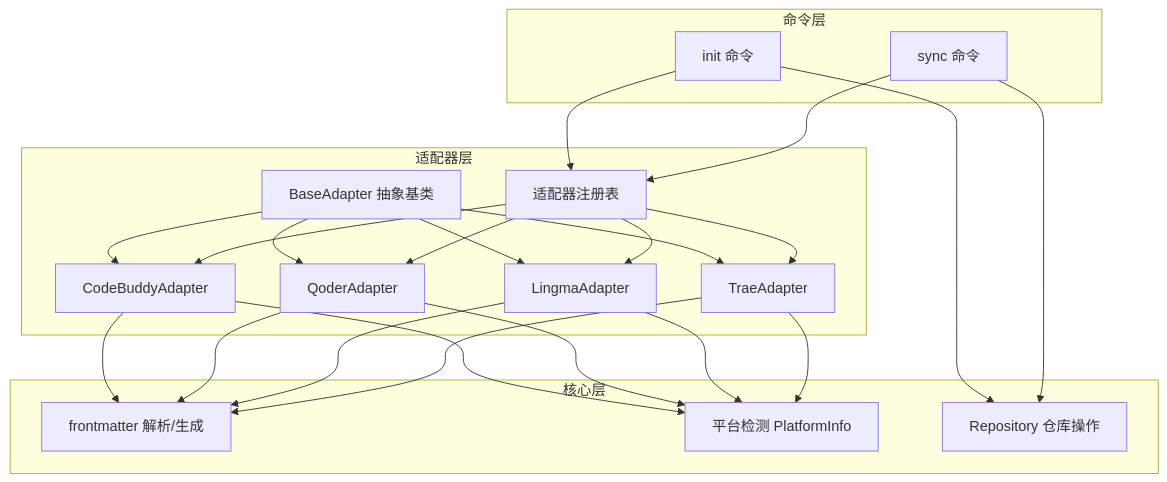
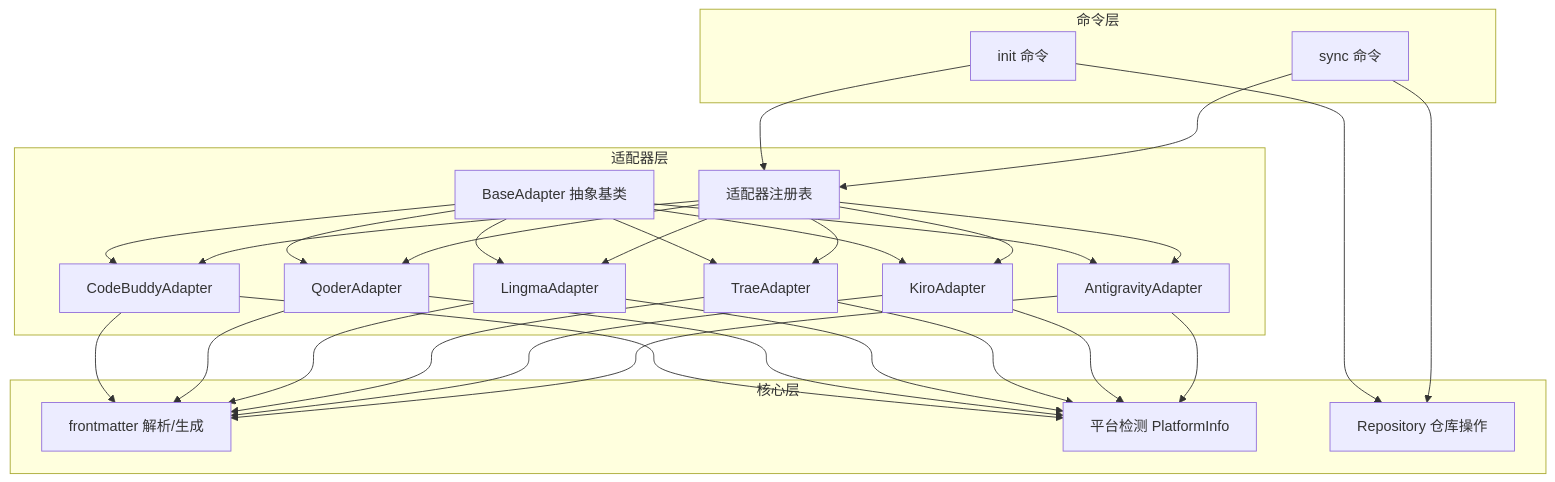
Before and after one commit to MapleWan/MSR: the first of 11 diagrams in .qoder/repowiki/zh/content/IDE适配器/具体适配器实现/具体适配器实现.md, drawn with Mermaid. The commit also changed other lines of this file and 5 other files, not shown here.

````diff
--- a/.qoder/repowiki/zh/content/IDE适配器/具体适配器实现/具体适配器实现.md
+++ b/.qoder/repowiki/zh/content/IDE适配器/具体适配器实现/具体适配器实现.md
@@ -42,40 +46,50 @@
 ```mermaid
 graph TB
 subgraph "适配器层"
 Base["BaseAdapter 抽象基类"]
 CB["CodeBuddyAdapter"]
 QD["QoderAdapter"]
 LM["LingmaAdapter"]
 TR["TraeAdapter"]
+KI["KiroAdapter"]
+AG["AntigravityAdapter"]
 REG["适配器注册表"]
 end
 subgraph "核心层"
 FM["frontmatter 解析/生成"]
 PL["平台检测 PlatformInfo"]
 REPO["Repository 仓库操作"]
 end
 subgraph "命令层"
 INIT["init 命令"]
 SYNC["sync 命令"]
 end
 Base --> CB
 Base --> QD
 Base --> LM
 Base --> TR
+Base --> KI
+Base --> AG
 REG --> CB
 REG --> QD
 REG --> LM
 REG --> TR
+REG --> KI
+REG --> AG
 INIT --> REG
 INIT --> REPO
 SYNC --> REG
 SYNC --> REPO
 CB --> FM
 QD --> FM
 LM --> FM
 TR --> FM
+KI --> FM
+AG --> FM
 CB --> PL
 QD --> PL
 LM --> PL
 TR --> PL
+KI --> PL
+AG --> PL
 ```
````
